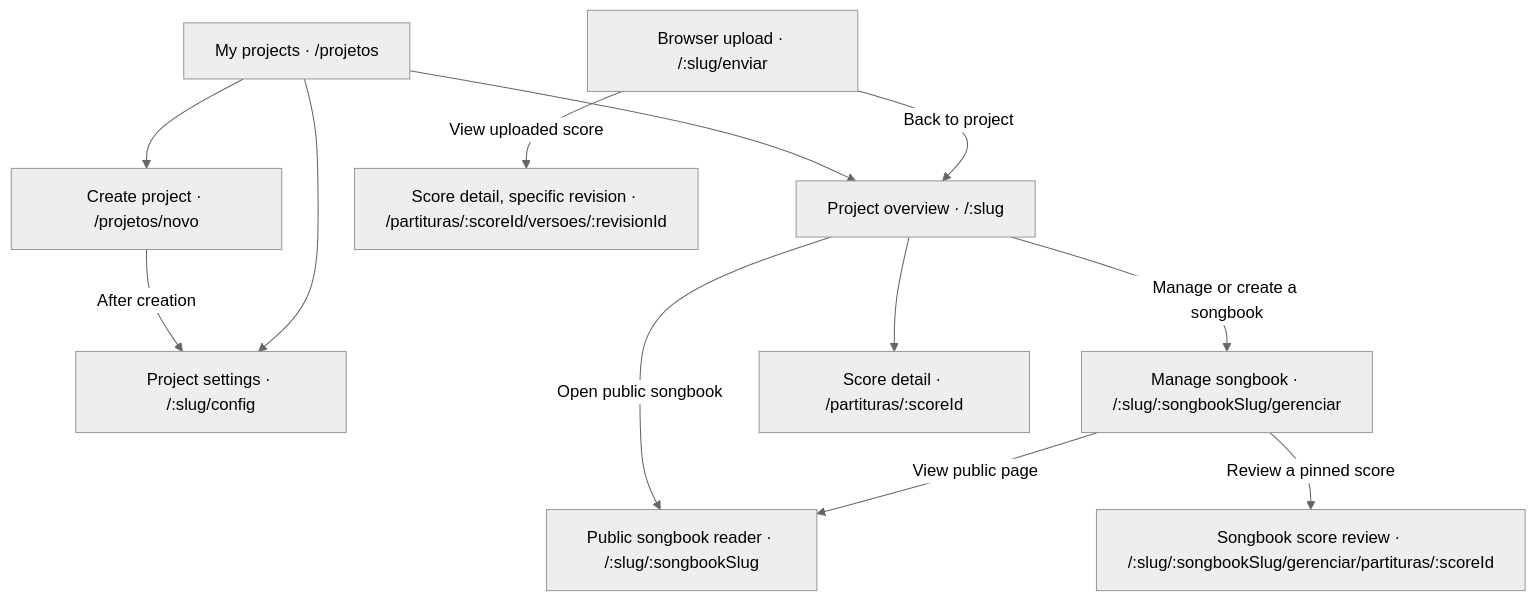
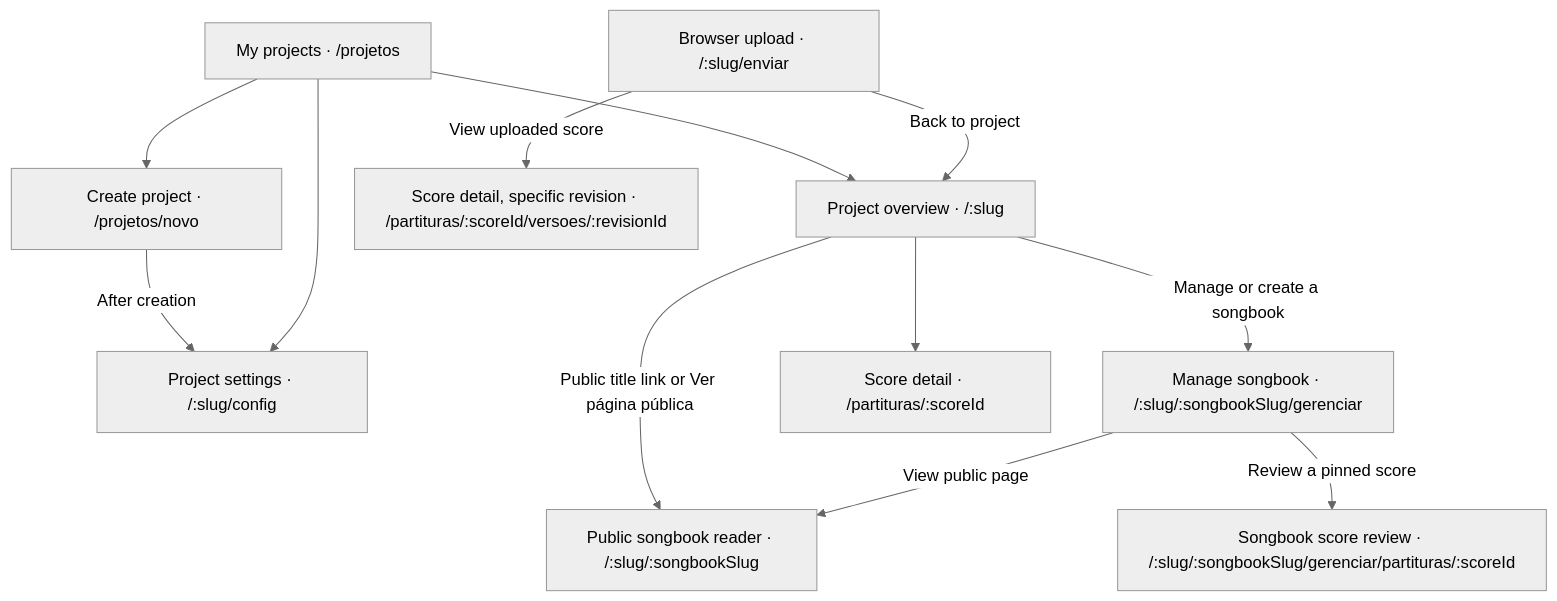
Before and after one commit to soprodecarnaval/cadern.in: the second of 2 diagrams in docs/APP_FLOWS.md, drawn with Mermaid (neutral theme). The commit also changed 2 other files, not shown here.

Commit message:
feat: link to public songbooks from project overview (#019)

````diff
--- a/docs/APP_FLOWS.md
+++ b/docs/APP_FLOWS.md
@@ -22,15 +22,15 @@
 ```mermaid
 flowchart TD
     Projects["My projects · /projetos"]
     Projects --> New["Create project · /projetos/novo"]
     New -->|"After creation"| Settings["Project settings · /:slug/config"]
     Projects --> Project["Project overview · /:slug"]
     Projects --> Settings
-    Project -->|"Open public songbook"| Reader["Public songbook reader · /:slug/:songbookSlug"]
+    Project -->|"Public title link or Ver página pública"| Reader["Public songbook reader · /:slug/:songbookSlug"]
     Project -->|"Manage or create a songbook"| Manage["Manage songbook · /:slug/:songbookSlug/gerenciar"]
     Manage -->|"View public page"| Reader
     Manage -->|"Review a pinned score"| Review["Songbook score review · /:slug/:songbookSlug/gerenciar/partituras/:scoreId"]
     Project --> Score["Score detail · /partituras/:scoreId"]
     Upload["Browser upload · /:slug/enviar"] -->|"View uploaded score"| Revision["Score detail, specific revision · /partituras/:scoreId/versoes/:revisionId"]
     Upload -->|"Back to project"| Project
 ```
````
